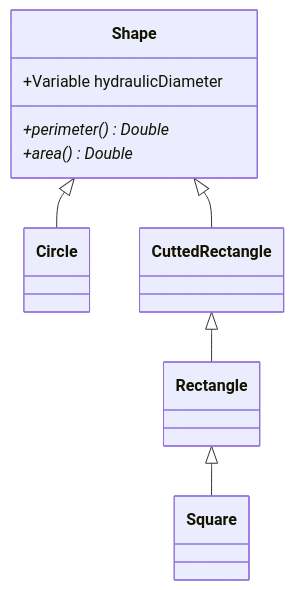
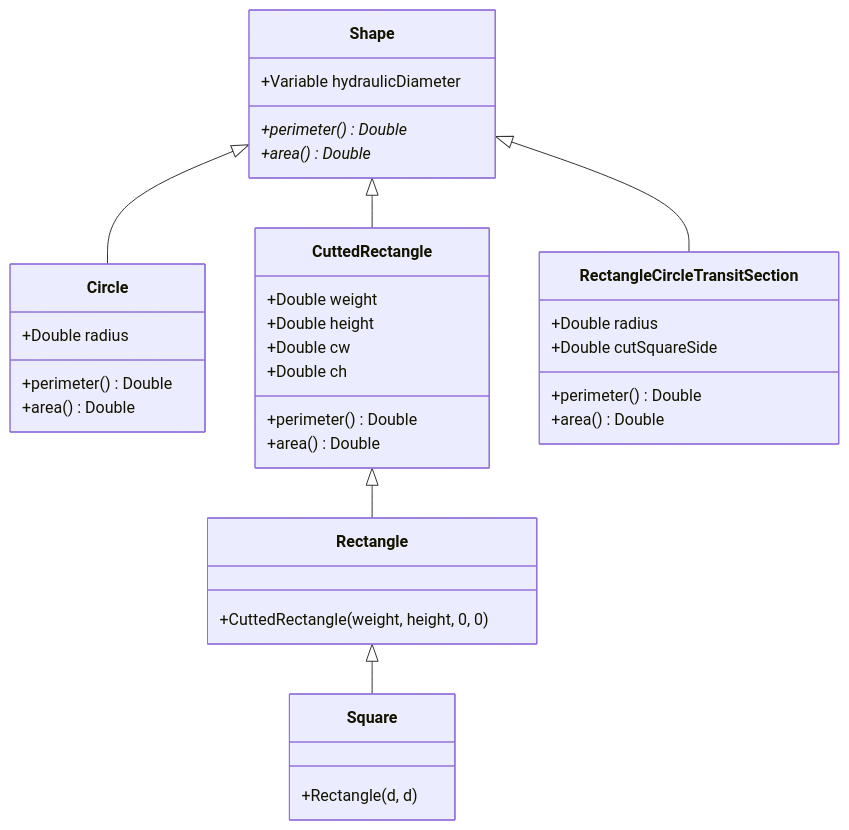
The seventh of 8 diagrams in Readme.md (qchen-fdii-cardc/wtd-dsl), drawn with Mermaid before and after one commit. The commit also changed other lines of this file, not shown here.

Commit message:
Update design of DSL, design entity hierachy

````diff
--- a/Readme.md
+++ b/Readme.md
@@ -261,14 +263,40 @@
 ```mermaid
 classDiagram
 
 Shape <|-- Circle
 Rectangle <|-- Square
 Shape <|-- CuttedRectangle
 CuttedRectangle <|-- Rectangle
+Shape <|-- RectangleCircleTransitSection
 class Shape {
     +Variable hydraulicDiameter
     +perimeter()* Double
     +area()* Double
 }
+class RectangleCircleTransitSection{
+    +Double radius
+    +Double cutSquareSide
+    +perimeter() Double
+    +area() Double
+}
+class Circle {
+    +Double radius
+    +perimeter() Double
+    +area() Double
+}
+class CuttedRectangle {
+    +Double weight
+    +Double height
+    +Double cw
+    +Double ch
+    +perimeter() Double
+    +area() Double
+}
+class Rectangle {
+    +CuttedRectangle(weight, height, 0, 0)
+}
+class Square{
+    +Rectangle(d, d)
+}
 
 ```
````
